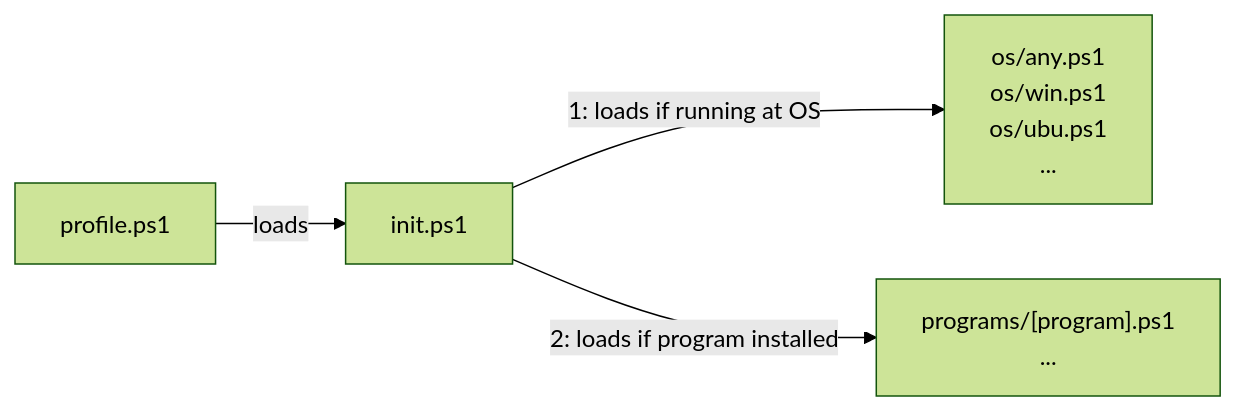
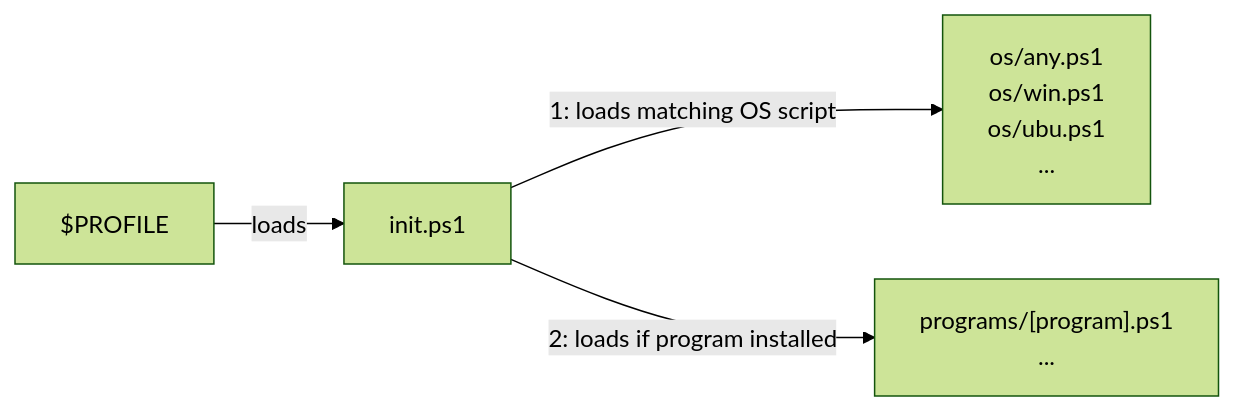
The second of 2 diagrams in README.md (alanlivio/cli-helpers), drawn with Mermaid (forest theme) before and after one commit. The commit also changed other lines of this file, not shown here.

````diff
--- a/README.md
+++ b/README.md
@@ -31,21 +31,21 @@
 ```mermaid
 flowchart LR
-    psprofile["profile.ps1"]
+    psprofile["$PROFILE"]
     ps-init["init.ps1"]
     %% sh-init["init.sh"]
     program-dependent["
         programs/[program].ps1
         ...
     "]
     OS-dependent["
         os/any.ps1
         os/win.ps1
         os/ubu.ps1
         ...
     "]
 
     psprofile--> |"loads"| ps-init
-    ps-init --> |"1: loads if running at OS"| OS-dependent
+    ps-init --> |"1: loads matching OS script"| OS-dependent
     ps-init --> |"2: loads if program installed"| program-dependent
     %%ps-init --> |"3: create ps1 alias to functions at"| sh-init
 ```
````
